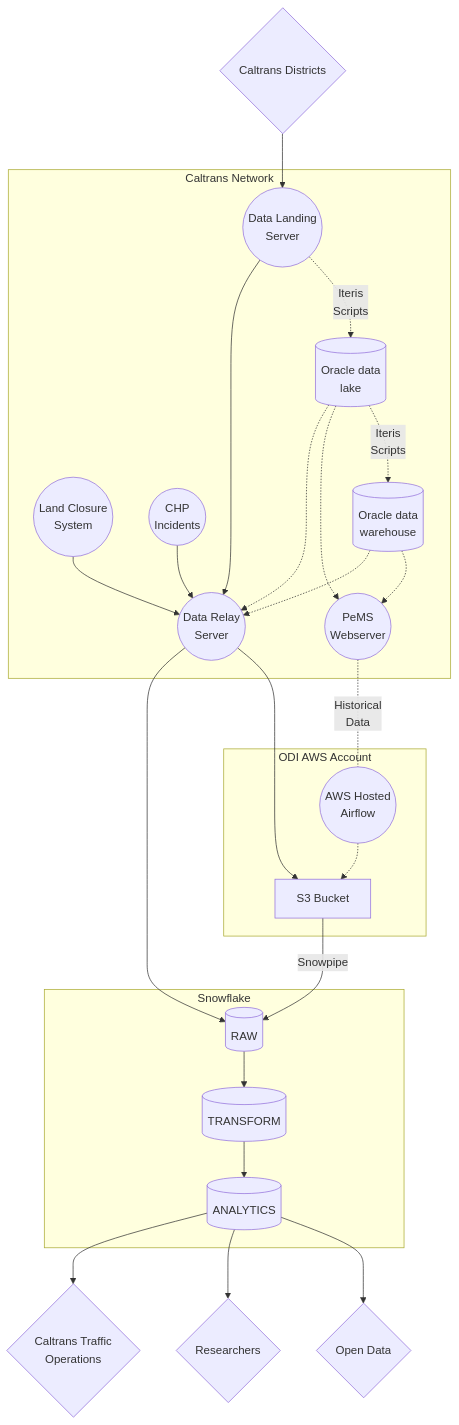
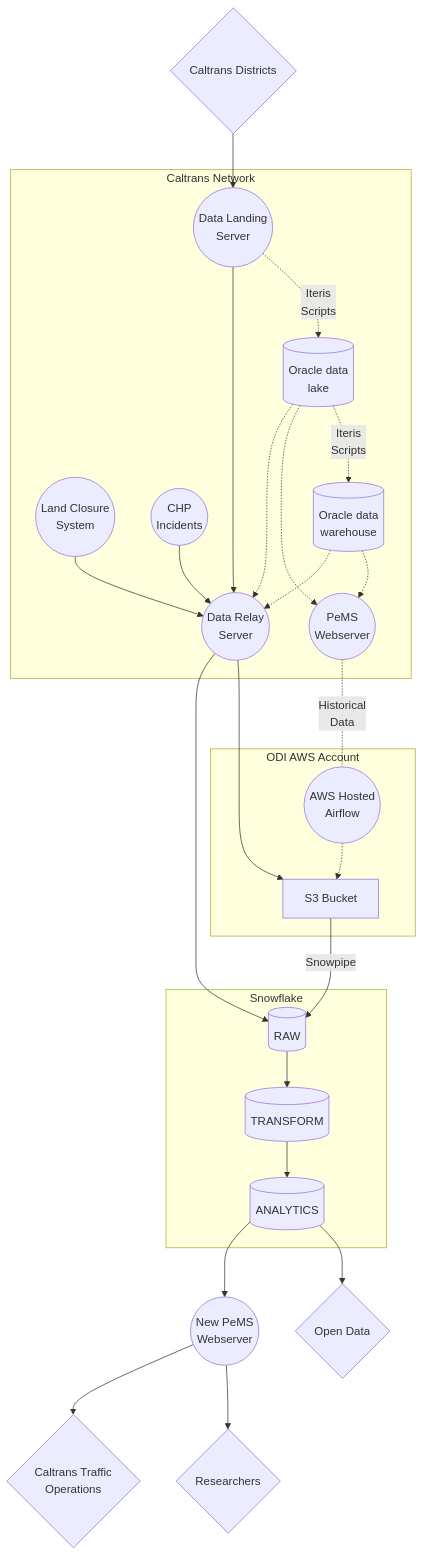
The diagram in docs/data-loading.md (cagov/caldata-mdsa-caltrans-pems), drawn with Mermaid before and after one commit.

Commit message:
Add new webserver to the diagram

````diff
--- a/docs/data-loading.md
+++ b/docs/data-loading.md
@@ -20,47 +20,50 @@
 ```mermaid
 
 flowchart TB
 CD{Caltrans Districts}
 subgraph Caltrans Network
   LCS((Land Closure\nSystem))
   CHP((CHP\nIncidents))
   L((Data Landing\nServer))
   DR((Data Relay\nServer))
   C((PeMS\nWebserver))
   OD[(Oracle data\nlake)]
   OW[(Oracle data\nwarehouse)]
 end
 subgraph ODI AWS Account
     MWAA((AWS Hosted\nAirflow))
     S3[S3 Bucket]
 end
 subgraph Snowflake
     RAW[(RAW)]
     TRANSFORM[(TRANSFORM)]
     ANALYTICS[(ANALYTICS)]
 end
 
+NC((New PeMS\nWebserver))
+
 OP{Open Data}
 RESEARCH{Researchers}
 STAFF{Caltrans Traffic\nOperations}
 
 CD --> L
 C -. Historical\nData .- MWAA -.-> S3
 L -. Iteris\nScripts .-> OD
 OD -. Iteris\nScripts .-> OW
 S3 -- Snowpipe --> RAW
 OW -.-> C
 OD -.-> C
 L --> DR
 DR --> S3
 RAW --> TRANSFORM --> ANALYTICS
 LCS --> DR
 CHP --> DR
 DR --> RAW
 OD -.-> DR
 OW -.-> DR
 
 ANALYTICS --> OP
-ANALYTICS --> RESEARCH
-ANALYTICS --> STAFF
+ANALYTICS --> NC
+NC --> RESEARCH
+NC --> STAFF
 ```
````
